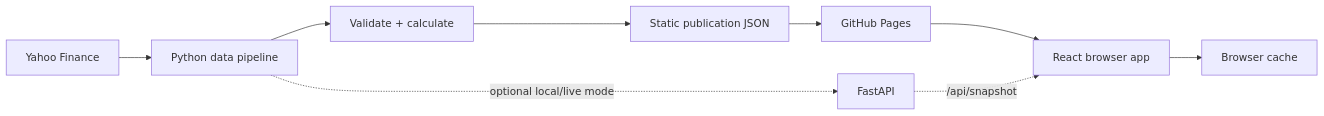
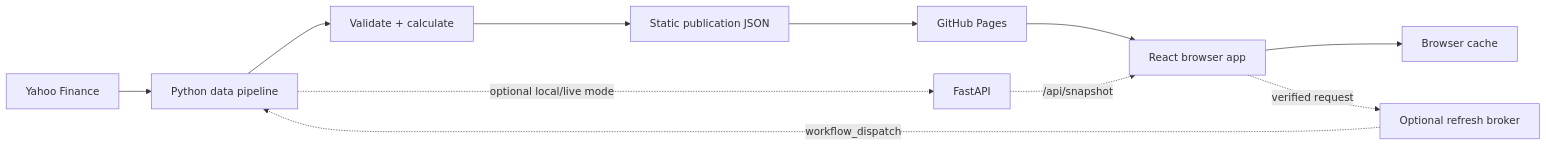
Before and after one commit to andyttc05/us-momentum-terminal: the diagram in README.md, drawn with Mermaid. The commit also changed other lines of this file and 24 other files, not shown here.

````diff
--- a/README.md
+++ b/README.md
@@ -59,11 +59,13 @@
 ```mermaid
 flowchart LR
     Provider[Yahoo Finance] --> Python[Python data pipeline]
     Python --> Validate[Validate + calculate]
     Validate --> Static[Static publication JSON]
     Static --> Pages[GitHub Pages]
     Pages --> Browser[React browser app]
     Browser --> Cache[Browser cache]
+    Browser -. verified request .-> Broker[Optional refresh broker]
+    Broker -. workflow_dispatch .-> Python
     Python -. optional local/live mode .-> FastAPI[FastAPI]
     FastAPI -. /api/snapshot .-> Browser
 ```
````
